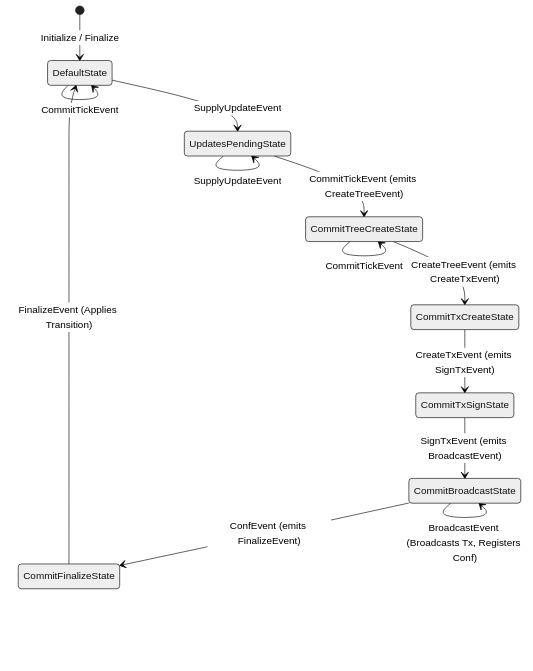
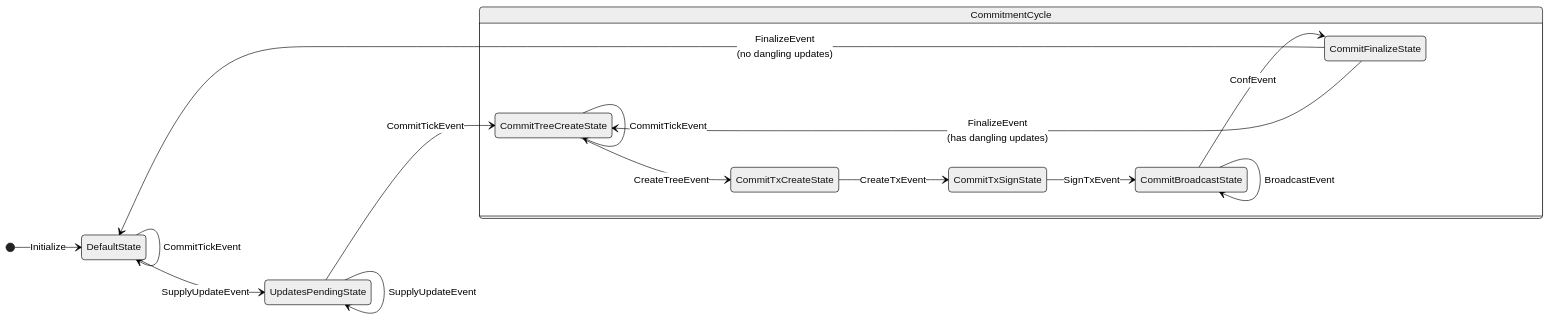
The diagram in universe/supplycommit/README.md (lightninglabs/taproot-assets), drawn with Mermaid (neutral theme) before and after one commit. The commit also changed other lines of this file, not shown here.

Commit message:
universe/supplycommit: update README.md to detail dangling updates

````diff
--- a/universe/supplycommit/README.md
+++ b/universe/supplycommit/README.md
@@ -80,22 +82,26 @@
 ```mermaid
 stateDiagram-v2
-    [*] --> DefaultState: Initialize / Finalize
+    direction LR
+    
+    [*] --> DefaultState: Initialize
 
     DefaultState --> UpdatesPendingState: SupplyUpdateEvent
+    UpdatesPendingState --> CommitTreeCreateState: CommitTickEvent
+    
+    state CommitmentCycle {
+        direction TB
+        CommitTreeCreateState --> CommitTxCreateState: CreateTreeEvent
+        CommitTxCreateState --> CommitTxSignState: CreateTxEvent
+        CommitTxSignState --> CommitBroadcastState: SignTxEvent
+        CommitBroadcastState --> CommitFinalizeState: ConfEvent
+    }
+    
+    CommitFinalizeState --> DefaultState: FinalizeEvent<br/>(no dangling updates)
+    CommitFinalizeState --> CommitTreeCreateState: FinalizeEvent<br/>(has dangling updates)
+
+    %% Self-transitions
     DefaultState --> DefaultState: CommitTickEvent
-
     UpdatesPendingState --> UpdatesPendingState: SupplyUpdateEvent
-    UpdatesPendingState --> CommitTreeCreateState: CommitTickEvent (emits CreateTreeEvent)
-
-    CommitTreeCreateState --> CommitTxCreateState: CreateTreeEvent (emits CreateTxEvent)
     CommitTreeCreateState --> CommitTreeCreateState: CommitTickEvent
-
-    CommitTxCreateState --> CommitTxSignState: CreateTxEvent (emits SignTxEvent)
-
-    CommitTxSignState --> CommitBroadcastState: SignTxEvent (emits BroadcastEvent)
-
-    CommitBroadcastState --> CommitBroadcastState: BroadcastEvent (Broadcasts Tx, Registers Conf)
-    CommitBroadcastState --> CommitFinalizeState: ConfEvent (emits FinalizeEvent)
-
-    CommitFinalizeState --> DefaultState: FinalizeEvent (Applies Transition)
+    CommitBroadcastState --> CommitBroadcastState: BroadcastEvent
 ```
````
